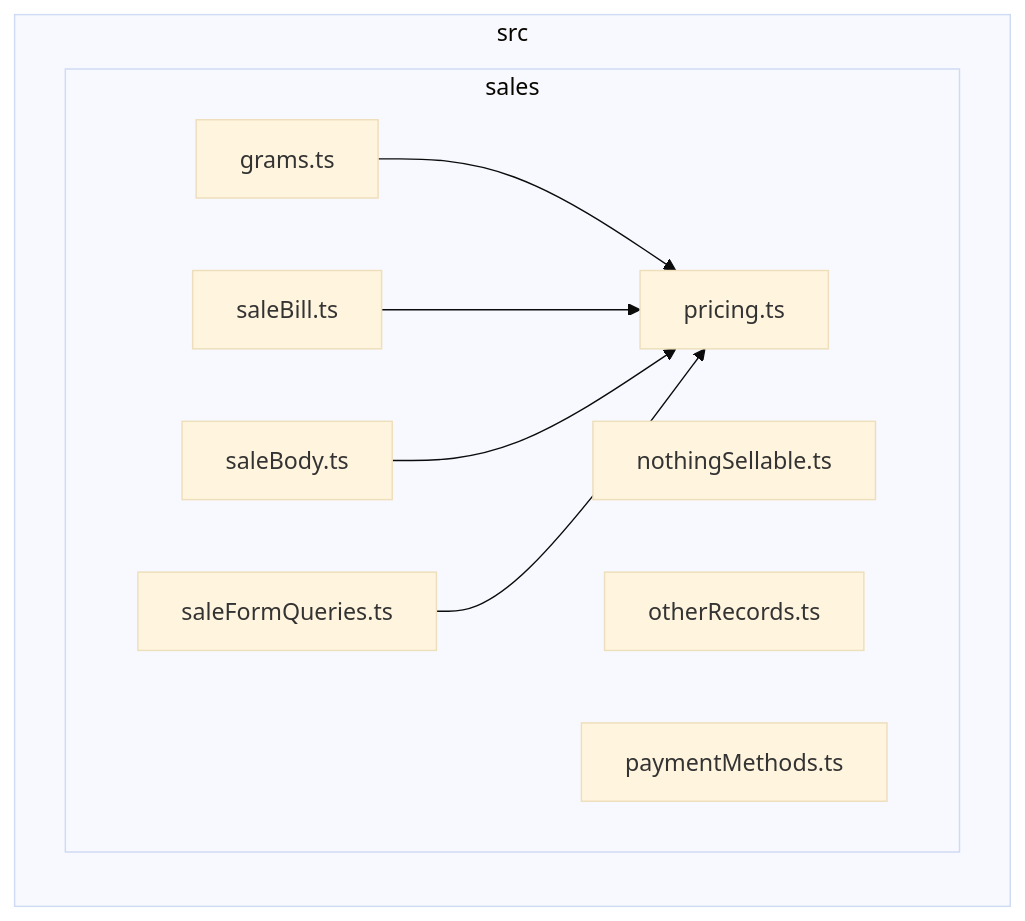
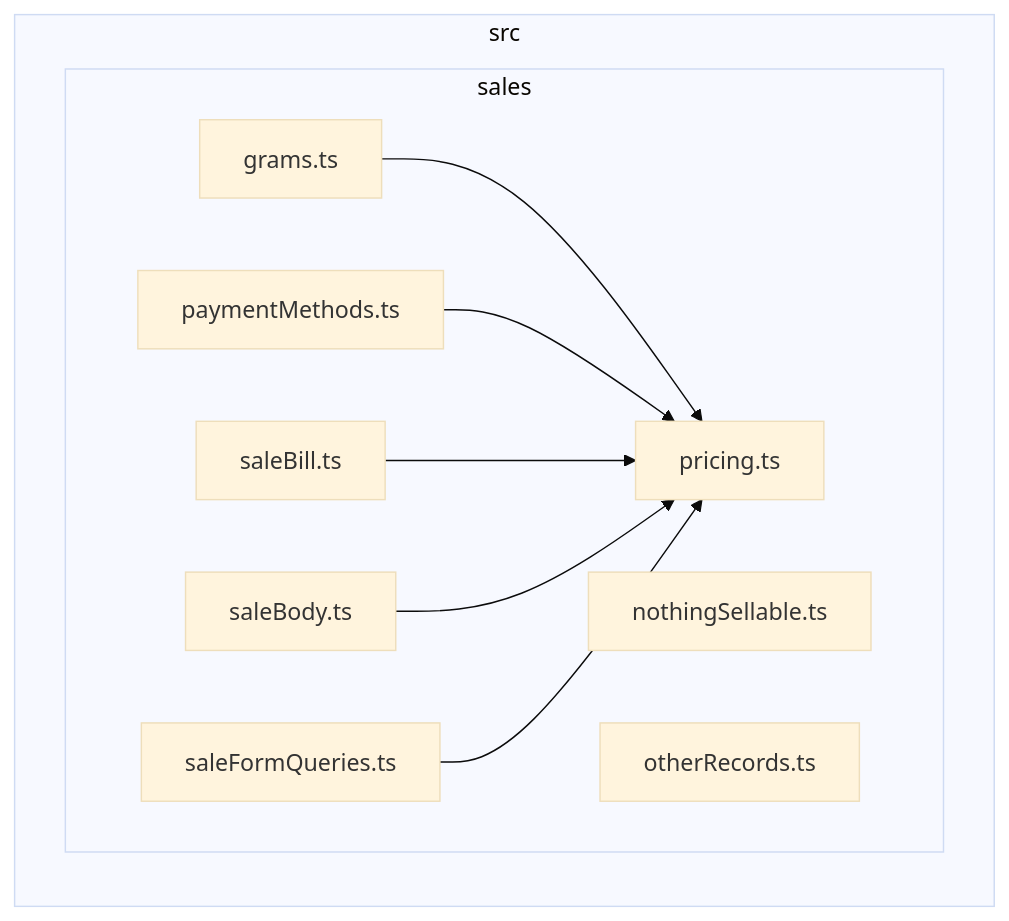
Before and after one commit to GonzaloZevallos/apostrophe: the diagram in docs/architecture/generated/front-modules/sales.md, drawn with Mermaid (base theme).

Commit message:
chore(docs): regenerate [skip ci]

````diff
--- a/docs/architecture/generated/front-modules/sales.md
+++ b/docs/architecture/generated/front-modules/sales.md
@@ -7,19 +7,20 @@
 ```mermaid
 flowchart LR
 subgraph src["src"]
   subgraph src_sales["sales"]
     src_sales_grams_ts["grams.ts"]
     src_sales_nothingSellable_ts["nothingSellable.ts"]
     src_sales_otherRecords_ts["otherRecords.ts"]
     src_sales_paymentMethods_ts["paymentMethods.ts"]
     src_sales_pricing_ts["pricing.ts"]
     src_sales_saleBill_ts["saleBill.ts"]
     src_sales_saleBody_ts["saleBody.ts"]
     src_sales_saleFormQueries_ts["saleFormQueries.ts"]
   end
 end
 src_sales_grams_ts-->src_sales_pricing_ts
+src_sales_paymentMethods_ts-->src_sales_pricing_ts
 src_sales_saleBill_ts-->src_sales_pricing_ts
 src_sales_saleBody_ts-->src_sales_pricing_ts
 src_sales_saleFormQueries_ts-->src_sales_pricing_ts
 ```
````
